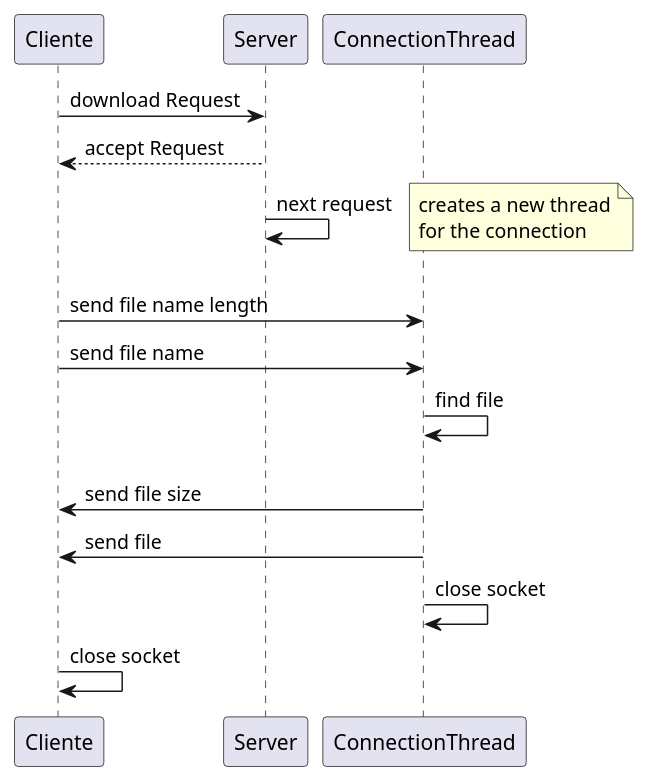
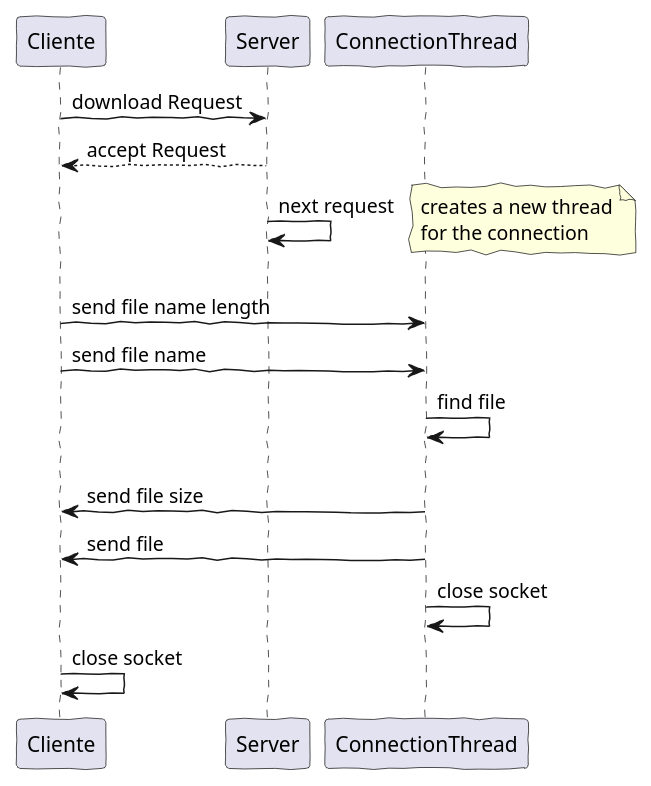
The diagram in documentation/DownloadTCP-Protocol-SD.puml (danieljfgoncalves/p2p-file-share-app), drawn with PlantUML before and after one commit. The commit also changed 5 other files, not shown here.

```diff
--- a/documentation/DownloadTCP-Protocol-SD.puml
+++ b/documentation/DownloadTCP-Protocol-SD.puml
@@ -1,13 +1,20 @@
 @startuml
+
+'http://plantuml.com/skinparam.html'
+skinparam handwritten true
+skinparam monochrome false
+skinparam defaultFontName FG Virgil
+skinparam shadowing false
+
 Cliente -> Server: download Request
 Server --> Cliente: accept Request
 Server -> Server: next request
 note right: creates a new thread\nfor the connection
 Cliente -> ConnectionThread: \nsend file name length
 Cliente -> ConnectionThread: send file name
 ConnectionThread -> ConnectionThread: find file
 Cliente <- ConnectionThread: \nsend file size
 Cliente <- ConnectionThread: send file
 ConnectionThread -> ConnectionThread: close socket
 Cliente -> Cliente: close socket
 @enduml
```
